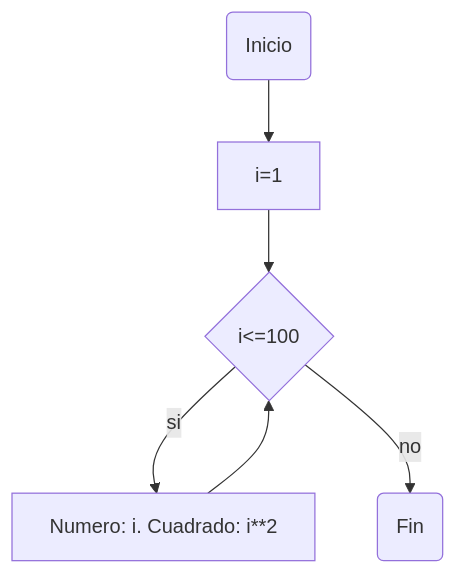
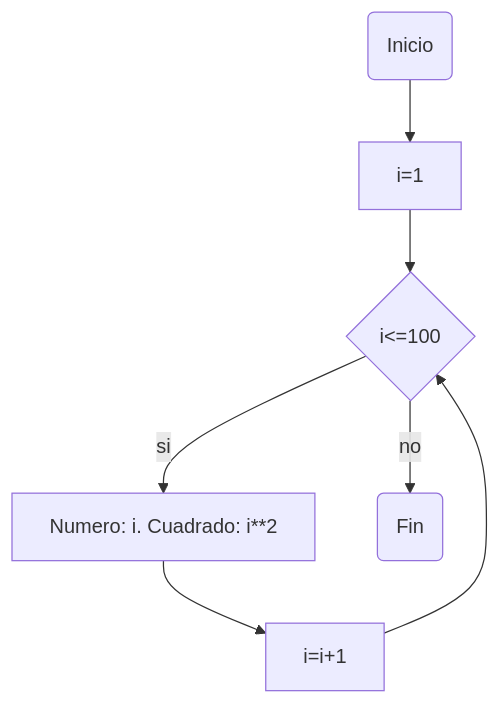
The first of 2 diagrams in README.md (TzDaniel1/Reto_7), drawn with Mermaid before and after one commit. The commit also changed other lines of this file, not shown here.

````diff
--- a/README.md
+++ b/README.md
@@ -12,8 +12,9 @@
 ```mermaid
 flowchart TD
 A(Inicio)-->B[i=1]
 B-->C{i<=100}
 C-->|si|D[Numero: i. Cuadrado: i**2]
-D-->C
+D-->F[i=i+1]
+F-->C
 C-->|no|E(Fin)
 ```
````
